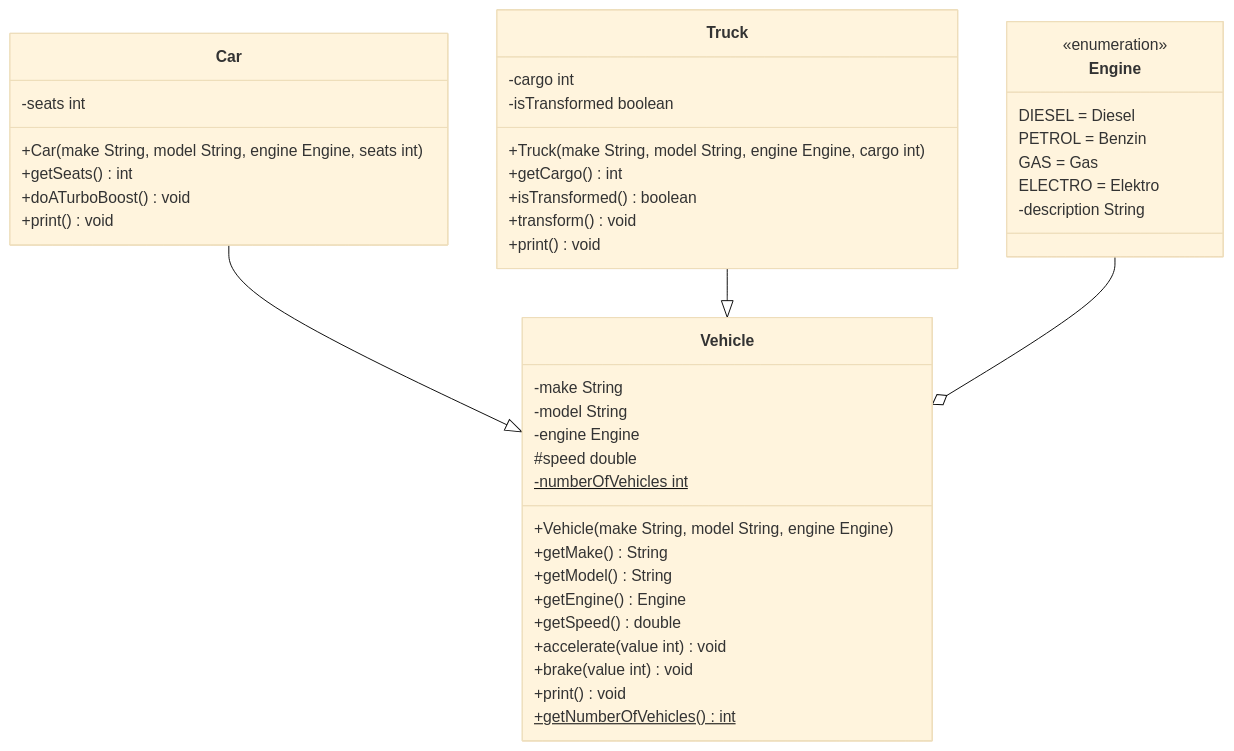
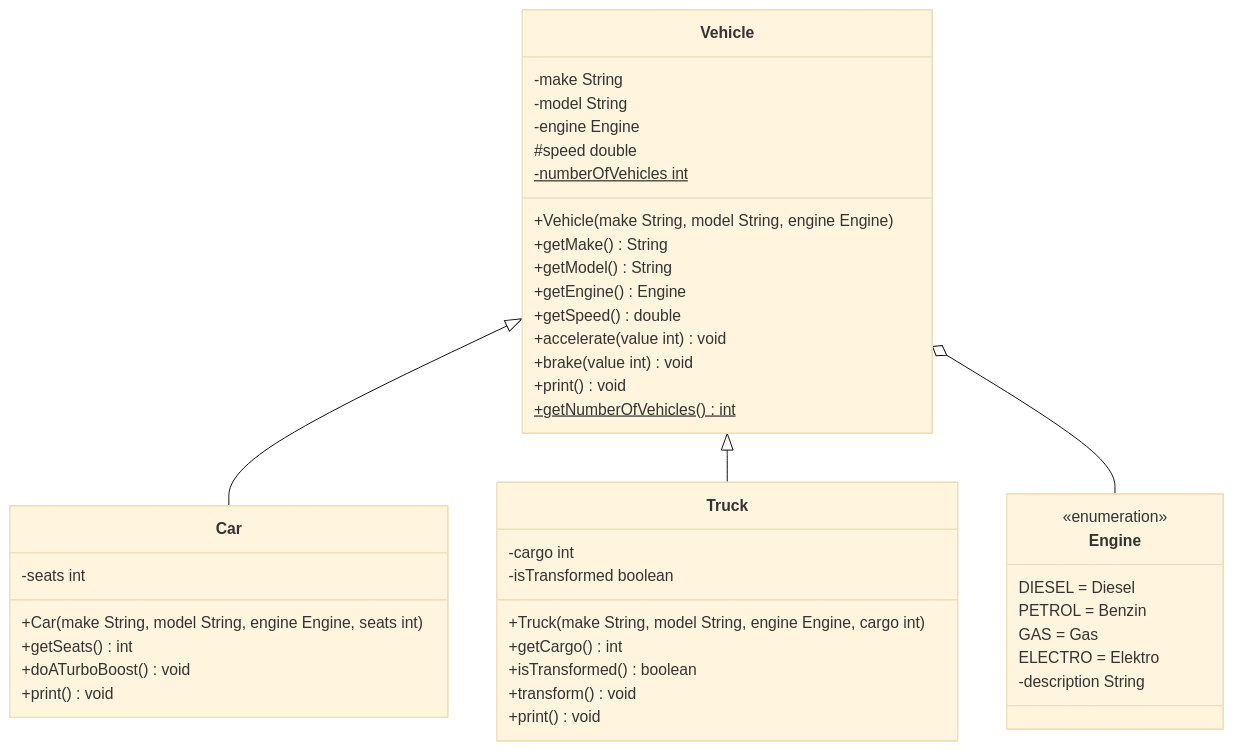
One commit to jappuccini/java-docs changed the diagram in docs/exercises/polymorphy/polymorphy01.md. Above: the diagram before and after it, drawn with Mermaid (base theme).

````diff
--- a/docs/exercises/polymorphy/polymorphy01.md
+++ b/docs/exercises/polymorphy/polymorphy01.md
@@ -16,50 +16,50 @@
 ```mermaid
 classDiagram
-    Car --|> Vehicle
-    Truck --|> Vehicle
-    Engine --o Vehicle
+    Vehicle <|-- Car
+    Vehicle <|-- Truck
+    Vehicle o-- Engine
 
     class Vehicle {
         -make String
         -model String
         -engine Engine
         #speed double
         -numberOfVehicles int$
         +Vehicle(make String, model String, engine Engine)
         +getMake() String
         +getModel() String
         +getEngine() Engine
         +getSpeed() double
         +accelerate(value int) void
         +brake(value int) void
         +print() void
         +getNumberOfVehicles()$ int
     }
 
     class Engine {
         <<enumeration>>
         DIESEL = Diesel
         PETROL = Benzin
         GAS = Gas
         ELECTRO = Elektro
         -description String
     }
 
     class Car {
         -seats int
         +Car(make String, model String, engine Engine, seats int)
         +getSeats() int
         +doATurboBoost() void
         +print() void
     }
 
     class Truck {
         -cargo int
         -isTransformed boolean
         +Truck(make String, model String, engine Engine, cargo int)
         +getCargo() int
         +isTransformed() boolean
         +transform() void
         +print() void
     }
 ```
````
